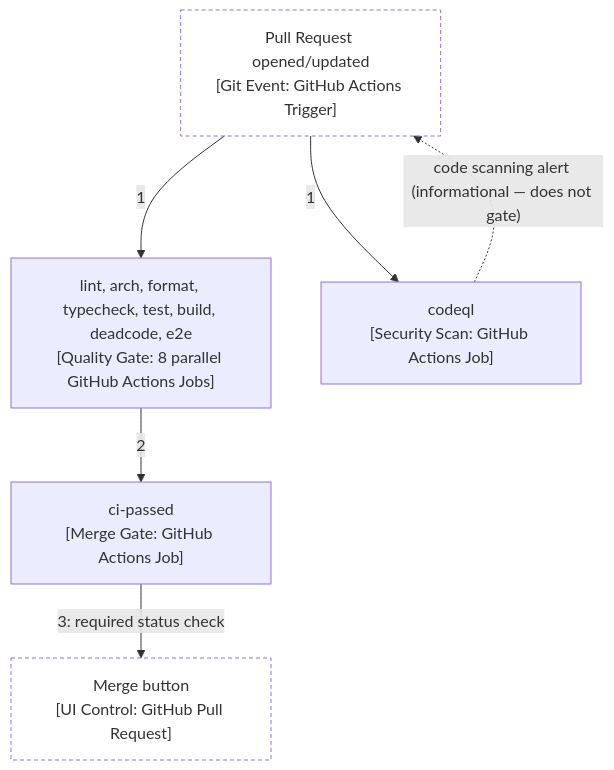
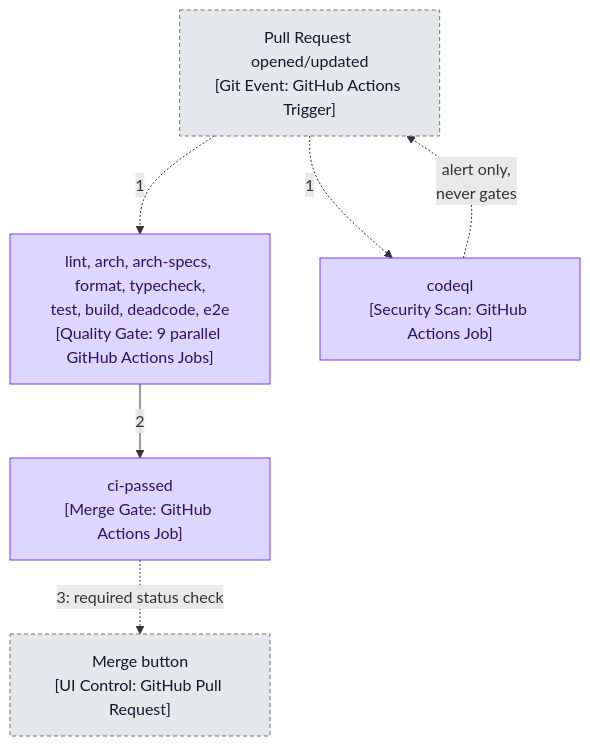
One commit to cfisch3r/estimate changed the second of 3 diagrams in docs/technical/runbook.md. Above: the diagram before and after it, drawn with Mermaid. The commit also changed other lines of this file and 1 other file, not shown here.

````diff
--- a/docs/technical/runbook.md
+++ b/docs/technical/runbook.md
@@ -46,17 +76,20 @@
 ```mermaid
 flowchart TB
   PR["Pull Request opened/updated<br/>[Git Event: GitHub Actions Trigger]"]:::external
   MergeButton["Merge button<br/>[UI Control: GitHub Pull Request]"]:::external
 
-  Gates["lint, arch, format, typecheck, test, build, deadcode, e2e<br/>[Quality Gate: 8 parallel GitHub Actions Jobs]"]
+  Gates["lint, arch, arch-specs, format, typecheck,<br/>test, build, deadcode, e2e<br/>[Quality Gate: 9 parallel GitHub Actions Jobs]"]
   Passed["ci-passed<br/>[Merge Gate: GitHub Actions Job]"]
   CodeQL["codeql<br/>[Security Scan: GitHub Actions Job]"]
 
-  PR -->|1| Gates
-  PR -->|1| CodeQL
+  PR -.->|1| Gates
+  PR -.->|1| CodeQL
   Gates -->|2| Passed
-  Passed -->|"3: required status check"| MergeButton
-  CodeQL -.->|"code scanning alert (informational — does not gate)"| PR
+  Passed -.->|"3: required status check"| MergeButton
+  CodeQL -.->|"alert only,<br/>never gates"| PR
 
-  classDef external fill:transparent,stroke-dasharray: 4 3
+  classDef deploy fill:#BFDBFE,stroke:#2563EB,color:#0B2545
+  classDef ci fill:#DDD6FE,stroke:#7C3AED,color:#2E1065
+  classDef external fill:#E5E7EB,stroke:#6B7280,color:#111827,stroke-dasharray: 4 3
+  class Gates,Passed,CodeQL ci
 ```
````
